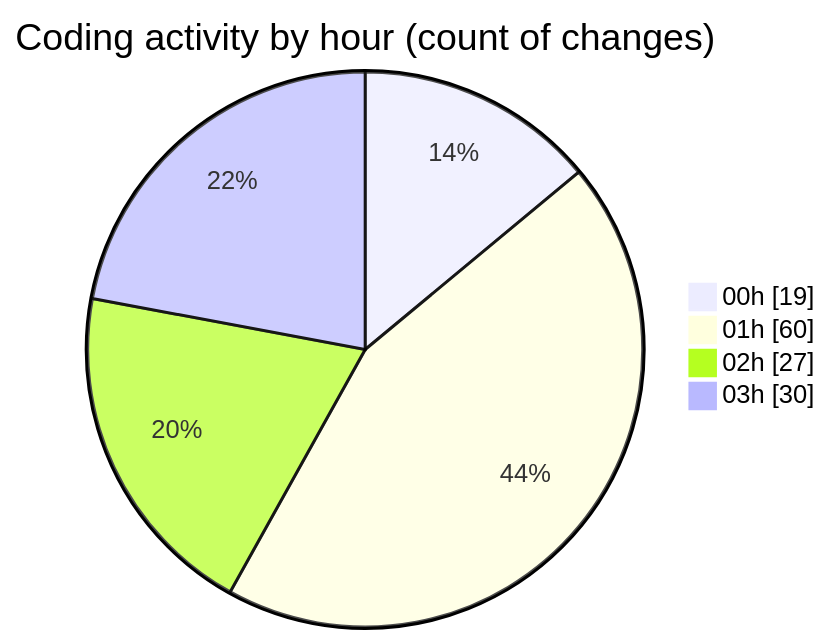
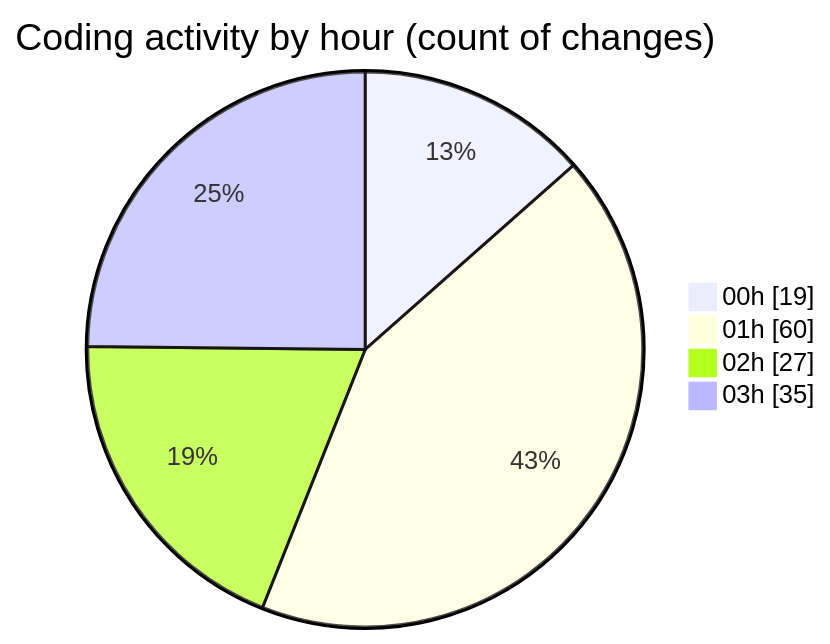
The second of 2 diagrams in 2025-07-25/quanlyrapchieuphim-1/README.md (lephambinh05/code-tracking), drawn with Mermaid before and after one commit. The commit also changed other lines of this file and 1 other file, not shown here.

````diff
--- a/2025-07-25/quanlyrapchieuphim-1/README.md
+++ b/2025-07-25/quanlyrapchieuphim-1/README.md
@@ -35,8 +35,8 @@
 ```mermaid
 pie showData
 title Coding activity by hour (count of changes)
 "00h" : 19
 "01h" : 60
 "02h" : 27
-"03h" : 30
+"03h" : 35
 ```
````
